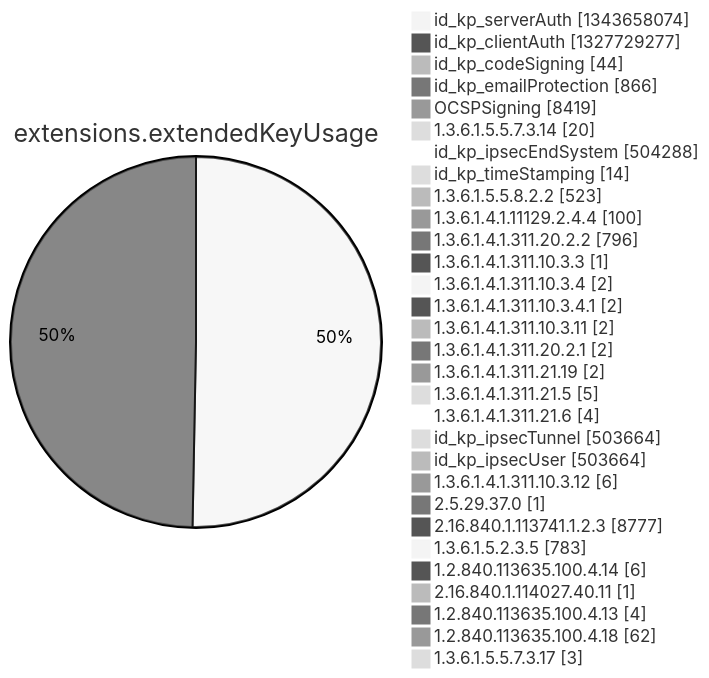
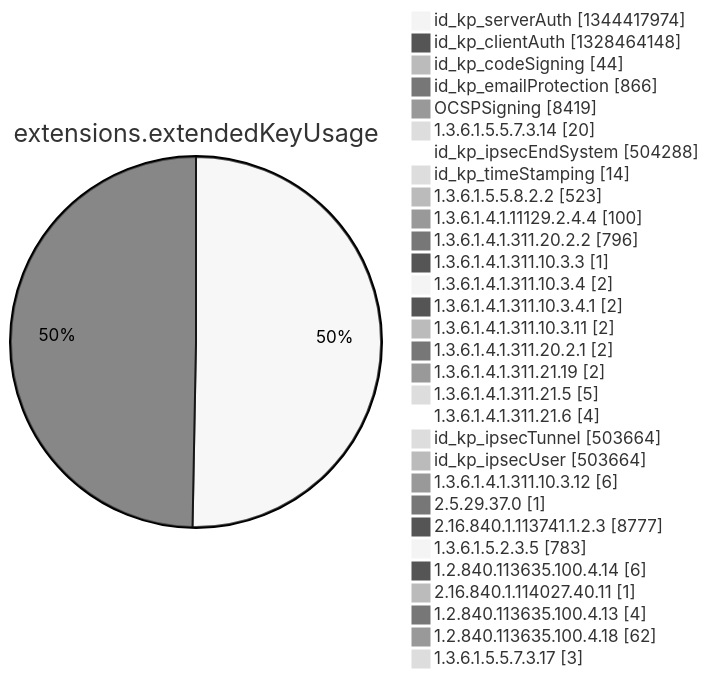
Diagram 12 of 15 in argon2022/README.md (christiankrug/ctmonitor_visualization), drawn with Mermaid (neutral theme) before and after one commit. The commit also changed other lines of this file, not shown here.

````diff
--- a/argon2022/README.md
+++ b/argon2022/README.md
@@ -3553,34 +3553,34 @@
 ```mermaid
 pie showData
 title extensions.extendedKeyUsage
-"id_kp_serverAuth" :1343658074
-"id_kp_clientAuth" :1327729277
+"id_kp_serverAuth" :1344417974
+"id_kp_clientAuth" :1328464148
 "id_kp_codeSigning" :44
 "id_kp_emailProtection" :866
 "OCSPSigning" :8419
 "1.3.6.1.5.5.7.3.14" :20
 "id_kp_ipsecEndSystem" :504288
 "id_kp_timeStamping" :14
 "1.3.6.1.5.5.8.2.2" :523
 "1.3.6.1.4.1.11129.2.4.4" :100
 "1.3.6.1.4.1.311.20.2.2" :796
 "1.3.6.1.4.1.311.10.3.3" :1
 "1.3.6.1.4.1.311.10.3.4" :2
 "1.3.6.1.4.1.311.10.3.4.1" :2
 "1.3.6.1.4.1.311.10.3.11" :2
 "1.3.6.1.4.1.311.20.2.1" :2
 "1.3.6.1.4.1.311.21.19" :2
 "1.3.6.1.4.1.311.21.5" :5
 "1.3.6.1.4.1.311.21.6" :4
 "id_kp_ipsecTunnel" :503664
 "id_kp_ipsecUser" :503664
 "1.3.6.1.4.1.311.10.3.12" :6
 "2.5.29.37.0" :1
 "2.16.840.1.113741.1.2.3" :8777
 "1.3.6.1.5.2.3.5" :783
 "1.2.840.113635.100.4.14" :6
 "2.16.840.1.114027.40.11" :1
 "1.2.840.113635.100.4.13" :4
 "1.2.840.113635.100.4.18" :62
 "1.3.6.1.5.5.7.3.17" :3
 ```
````
